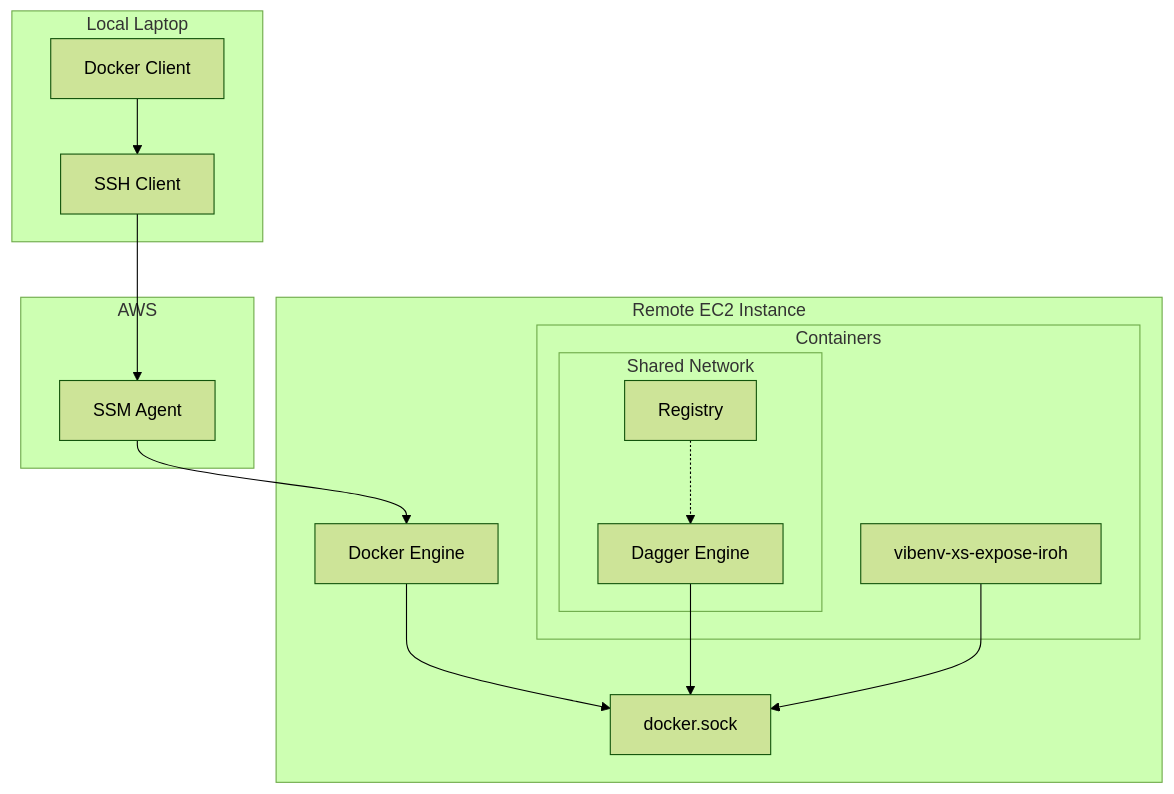
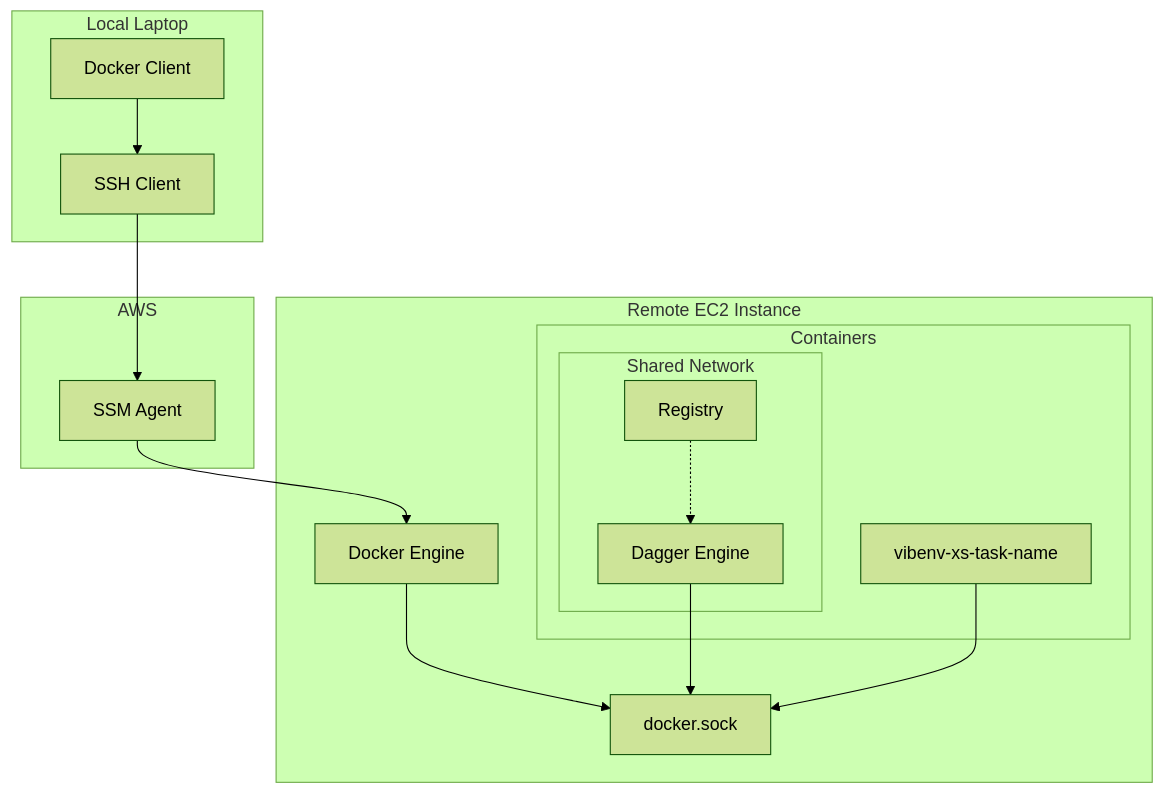
One commit to cablehead/vibenv.dag changed the diagram in README.md. Above: the diagram before and after it, drawn with Mermaid (forest theme). The commit also changed other lines of this file, not shown here.

````diff
--- a/README.md
+++ b/README.md
@@ -89,35 +15,35 @@
 ```mermaid
 graph TB
     subgraph Local[Local Laptop]
         DC[Docker Client]
         SSH[SSH Client]
     end
 
     subgraph AWS[AWS]
         SSM[SSM Agent]
     end
 
     subgraph Remote[Remote EC2 Instance]
         DE[Docker Engine]
 
         subgraph Containers[Containers]
             subgraph SharedNetwork[Shared Network]
                 DG[Dagger Engine]
                 REG[Registry]
             end
-            VIB[vibenv-xs-expose-iroh]
+            VIB[vibenv-xs-task-name]
         end
 
         SOCK[docker.sock]
     end
 
     DC --> SSH
     SSH --> SSM
     SSM --> DE
 
     DE --> SOCK
     DG --> SOCK
     VIB --> SOCK
 
     REG -.-> DG
 ```
````
